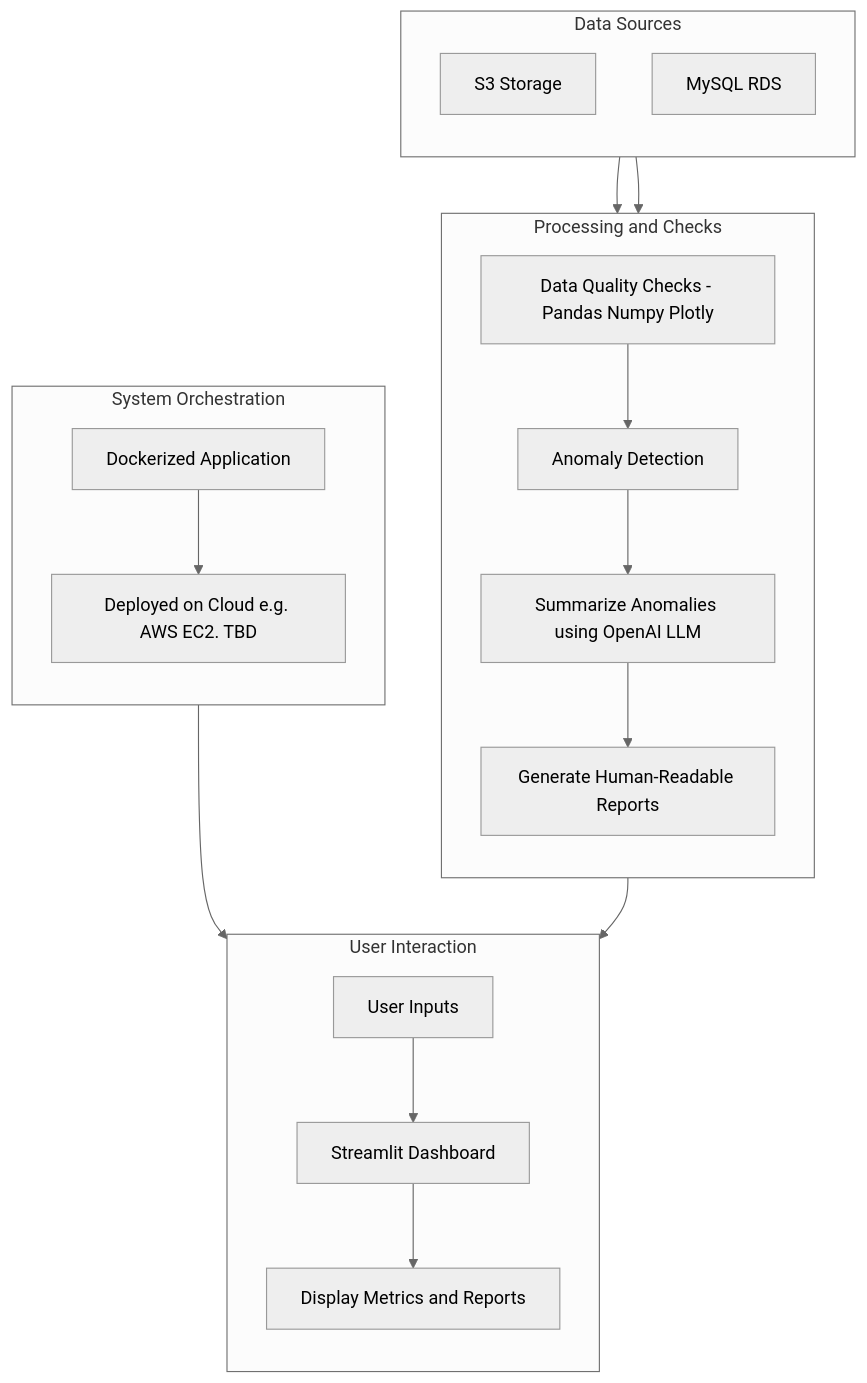
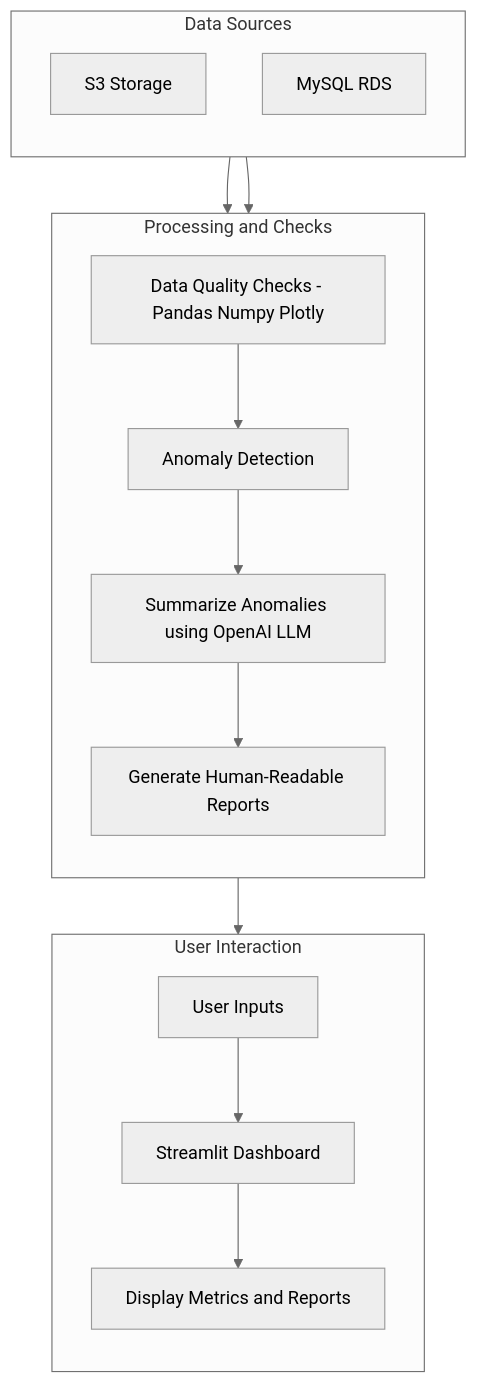
The diagram in README.md (jwteeba/llm-data-quality-monitor), drawn with Mermaid (neutral theme) before and after one commit.

Commit message:
Updated design

````diff
--- a/README.md
+++ b/README.md
@@ -18,36 +18,29 @@
 ```mermaid
 graph TD
     %% User Interaction
     subgraph A[User Interaction]
         direction TB
         A1[User Inputs] --> A2[Streamlit Dashboard]
         A2 --> A3[Display Metrics and Reports]
     end
 
     %% Data Sources
     subgraph B[Data Sources]
         direction TB
         B1[S3 Storage]
         B2[MySQL RDS]
     end
 
     %% Data Processing and Checks
     subgraph C[Processing and Checks]
         direction TB
         C1[Data Quality Checks - Pandas Numpy Plotly] --> C2[Anomaly Detection]
         C2 --> C3[Summarize Anomalies using OpenAI LLM]
         C3 --> C4[Generate Human-Readable Reports]
     end
 
-    %% System Orchestration
-    subgraph D[System Orchestration]
-        direction TB
-        D1[Dockerized Application] --> D2[Deployed on Cloud e.g. AWS EC2. TBD]
-    end
-
     %% Connections
     B1 --> C1
     B2 --> C1
     C4 --> A3
-    D1 --> A2
 ```
````
